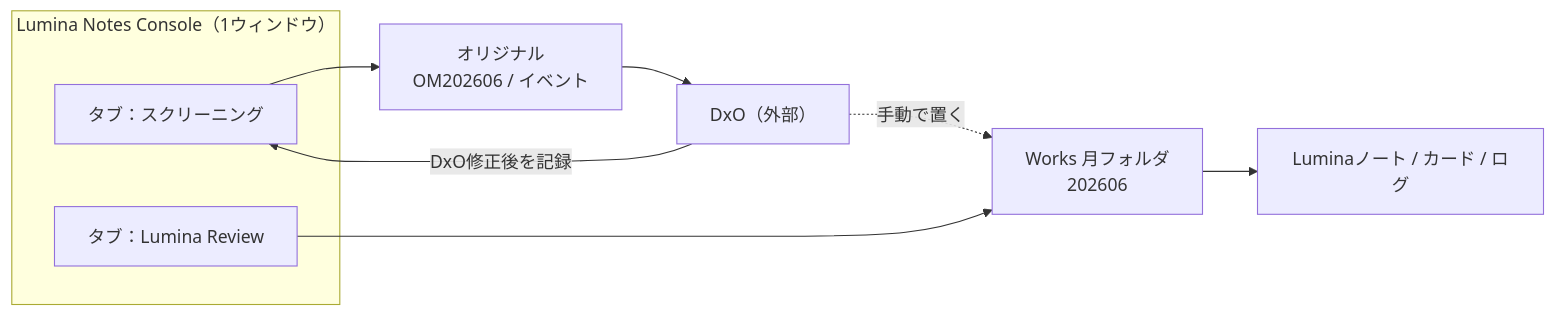
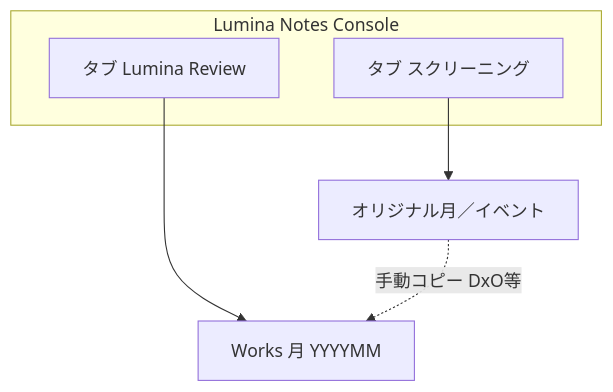
The first of 5 diagrams in docs/CURRENT_APP_MAP.md (nktn-arch01/photo-critique-bot), drawn with Mermaid before and after one commit. The commit also changed other lines of this file and 1 other file, not shown here.

````diff
--- a/docs/CURRENT_APP_MAP.md
+++ b/docs/CURRENT_APP_MAP.md
@@ -77,19 +35,10 @@
 ```mermaid
-flowchart LR
-  subgraph console["Lumina Notes Console（1ウィンドウ）"]
-    T1["タブ：スクリーニング"]
-    T2["タブ：Lumina Review"]
+flowchart TB
+  subgraph console [Lumina Notes Console]
+    TabS[タブ スクリーニング]
+    TabR[タブ Lumina Review]
   end
-
-  Orig["オリジナル<br/>OM202606 / イベント"]
-  DxO["DxO（外部）"]
-  Works["Works 月フォルダ<br/>202606"]
-  Out["Luminaノート / カード / ログ"]
-
-  T1 --> Orig
-  Orig --> DxO
-  DxO -->|"DxO修正後を記録"| T1
-  DxO -.->|"手動で置く"| Works
-  T2 --> Works
-  Works --> Out
+  TabS --> Orig[オリジナル月／イベント]
+  TabR --> Works[Works 月 YYYYMM]
+  Orig -.->|手動コピー DxO等| Works
 ```
````
